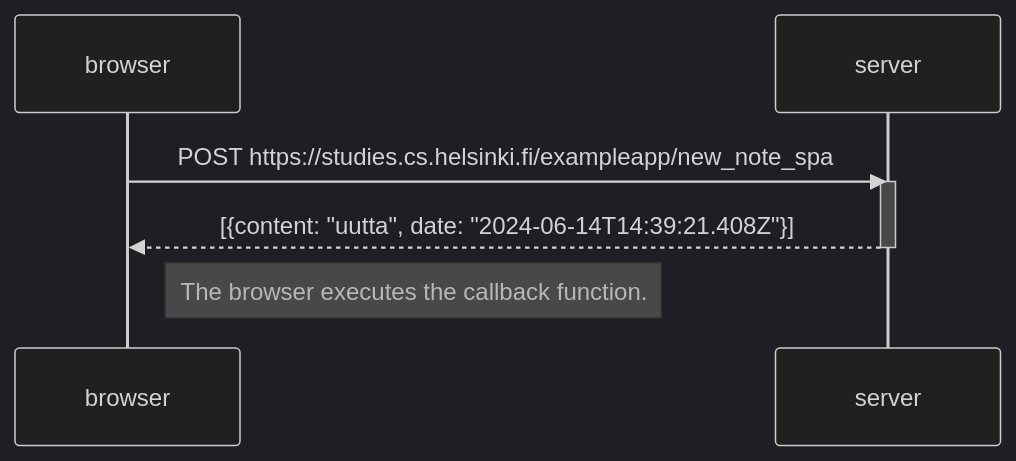
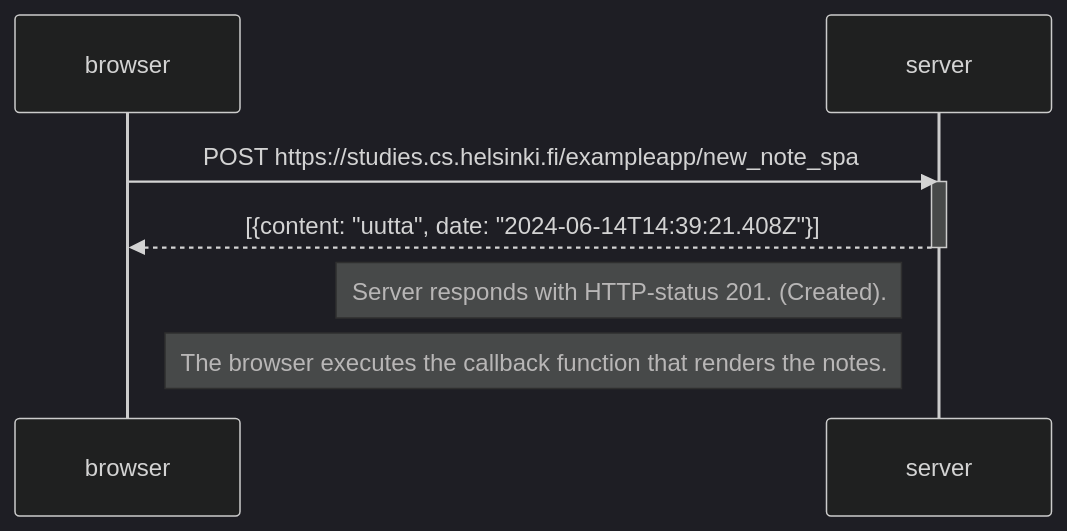
Before and after one commit to tjvalkonen/FullStackOpen: the diagram in Osa0/06_UusiMuistiinpano.md, drawn with Mermaid (dark theme). The commit also changed 2 other files, not shown here.

Commit message:
Updates on part0

````diff
--- a/Osa0/06_UusiMuistiinpano.md
+++ b/Osa0/06_UusiMuistiinpano.md
@@ -1,12 +1,13 @@
 ```mermaid
 sequenceDiagram
     participant browser
     participant server
 
     browser->>server: POST https://studies.cs.helsinki.fi/exampleapp/new_note_spa
     activate server
     server-->>browser: [{content: "uutta", date: "2024-06-14T14:39:21.408Z"}]
     deactivate server
+Note left of server: Server responds with HTTP-status 201. (Created).
 
-Note right of browser: The browser executes the callback function.
+Note right of browser: The browser executes the callback function that renders the notes.
 ```
````
